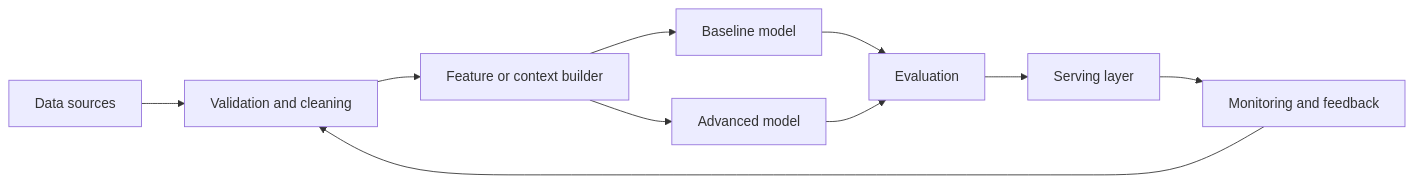
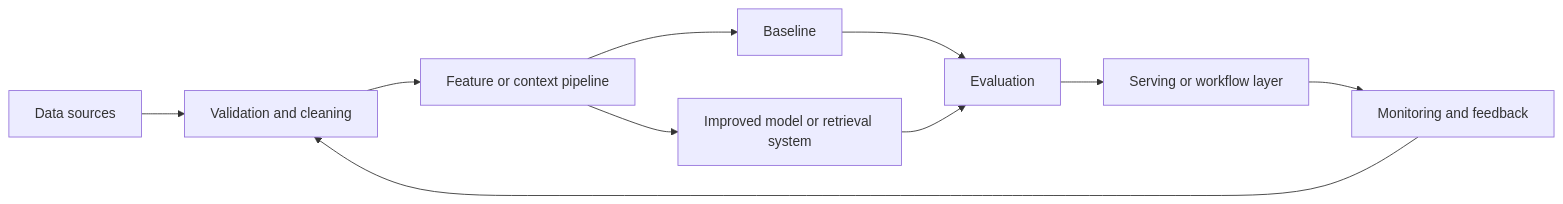
The diagram in case-studies/01-spam-classifier.md (Icon1cc/Machine-Learning), drawn with Mermaid before and after one commit. The commit also changed other lines of this file and 330 other files, not shown here.

````diff
--- a/case-studies/01-spam-classifier.md
+++ b/case-studies/01-spam-classifier.md
@@ -39,12 +34,12 @@
 ```mermaid
 flowchart LR
     A[Data sources] --> B[Validation and cleaning]
-    B --> C[Feature or context builder]
-    C --> D[Baseline model]
-    C --> E[Advanced model]
+    B --> C[Feature or context pipeline]
+    C --> D[Baseline]
+    C --> E[Improved model or retrieval system]
     D --> F[Evaluation]
     E --> F
-    F --> G[Serving layer]
+    F --> G[Serving or workflow layer]
     G --> H[Monitoring and feedback]
     H --> B
 ```
````
